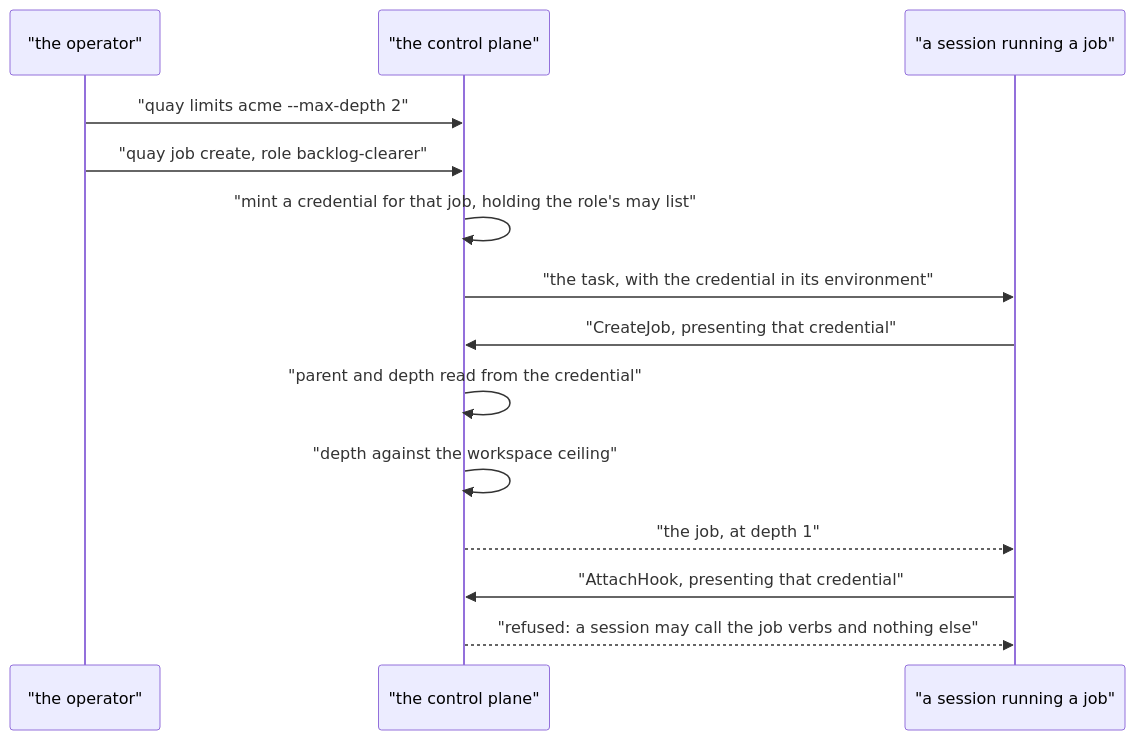
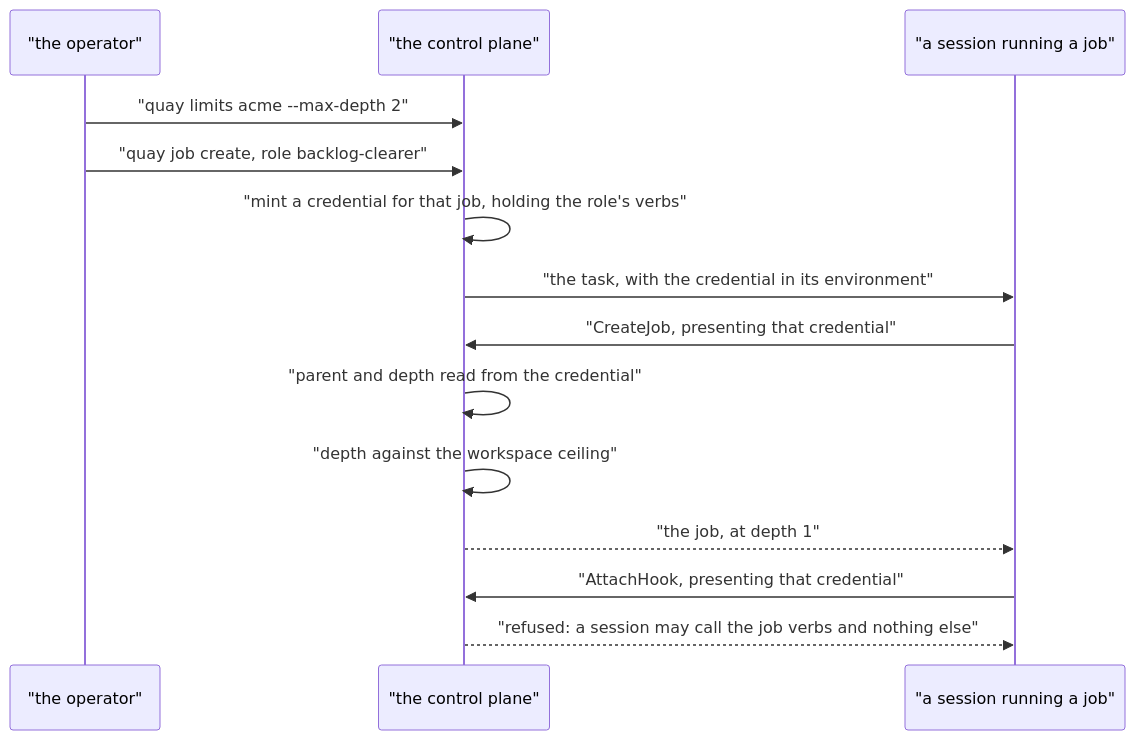
Before and after one commit to atlantic-blue/quay-crew: the seventh of 19 diagrams in docs/ORCHESTRATION.md, drawn with Mermaid. The commit also changed other lines of this file and 3 other files, not shown here.

Commit message:
464: docs: the design says verbs where it said may

````diff
--- a/docs/ORCHESTRATION.md
+++ b/docs/ORCHESTRATION.md
@@ -679,16 +679,16 @@
 ```mermaid
 sequenceDiagram
     participant OP as "the operator"
     participant CP as "the control plane"
     participant SES as "a session running a job"
     OP->>CP: "quay limits acme --max-depth 2"
     OP->>CP: "quay job create, role backlog-clearer"
-    CP->>CP: "mint a credential for that job, holding the role's may list"
+    CP->>CP: "mint a credential for that job, holding the role's verbs"
     CP->>SES: "the task, with the credential in its environment"
     SES->>CP: "CreateJob, presenting that credential"
     CP->>CP: "parent and depth read from the credential"
     CP->>CP: "depth against the workspace ceiling"
     CP-->>SES: "the job, at depth 1"
     SES->>CP: "AttachHook, presenting that credential"
     CP-->>SES: "refused: a session may call the job verbs and nothing else"
 ```
````
